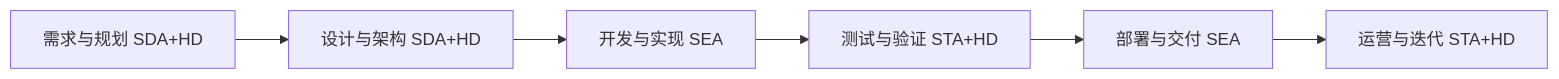
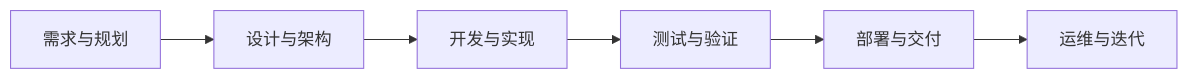
Before and after one commit to winyeahs/opd: the third of 6 diagrams in README.md, drawn with Mermaid. The commit also changed other lines of this file and 42 other files, not shown here.

````diff
--- a/README.md
+++ b/README.md
@@ -105,11 +113,11 @@
 ```mermaid
 graph LR
-    S1[需求与规划 SDA+HD]
-    S2[设计与架构 SDA+HD]
-    S3[开发与实现 SEA]
-    S4[测试与验证 STA+HD]
-    S5[部署与交付 SEA]
-    S6[运营与迭代 STA+HD]
+    S1[需求与规划]
+    S2[设计与架构]
+    S3[开发与实现]
+    S4[测试与验证]
+    S5[部署与交付]
+    S6[运维与迭代]
     
     S1 --> S2 --> S3 --> S4 --> S5 --> S6
 ```
````
